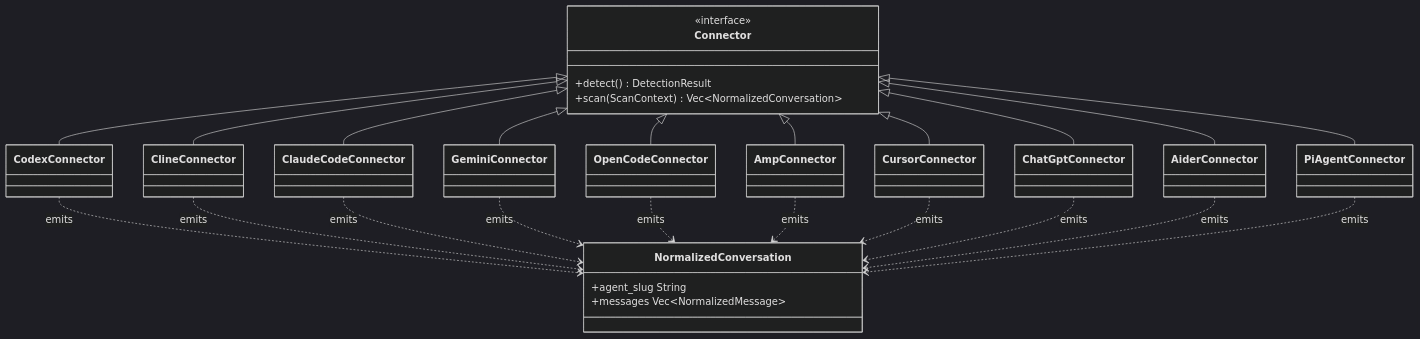
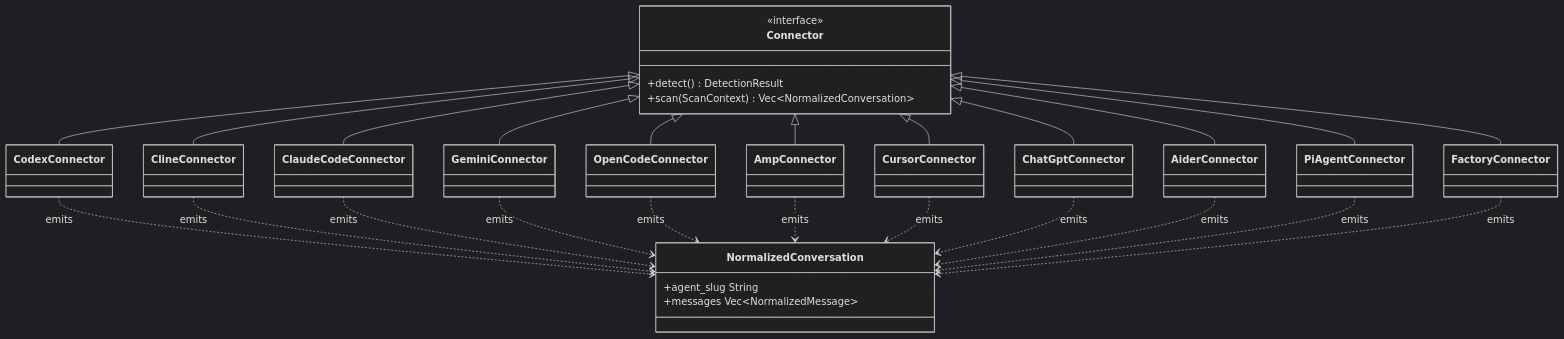
The first of 3 diagrams in README.md (joyshmitz/coding_agent_session_search), drawn with Mermaid (dark theme) before and after one commit. The commit also changed other lines of this file and 3 other files, not shown here.

First line of the commit message:
docs: Add Factory connector to documentation and fix inconsistencies

````diff
--- a/README.md
+++ b/README.md
@@ -1022,34 +1026,36 @@
 ```mermaid
 classDiagram
  class Connector {
  <<interface>>
  +detect() DetectionResult
  +scan(ScanContext) Vec~NormalizedConversation~
  }
  class NormalizedConversation {
  +agent_slug String
  +messages Vec~NormalizedMessage~
  }
 
  Connector <|-- CodexConnector
  Connector <|-- ClineConnector
  Connector <|-- ClaudeCodeConnector
  Connector <|-- GeminiConnector
  Connector <|-- OpenCodeConnector
  Connector <|-- AmpConnector
  Connector <|-- CursorConnector
  Connector <|-- ChatGptConnector
  Connector <|-- AiderConnector
  Connector <|-- PiAgentConnector
+ Connector <|-- FactoryConnector
 
  CodexConnector ..> NormalizedConversation : emits
  ClineConnector ..> NormalizedConversation : emits
  ClaudeCodeConnector ..> NormalizedConversation : emits
  GeminiConnector ..> NormalizedConversation : emits
  OpenCodeConnector ..> NormalizedConversation : emits
  AmpConnector ..> NormalizedConversation : emits
  CursorConnector ..> NormalizedConversation : emits
  ChatGptConnector ..> NormalizedConversation : emits
  AiderConnector ..> NormalizedConversation : emits
  PiAgentConnector ..> NormalizedConversation : emits
+ FactoryConnector ..> NormalizedConversation : emits
 ```
````
